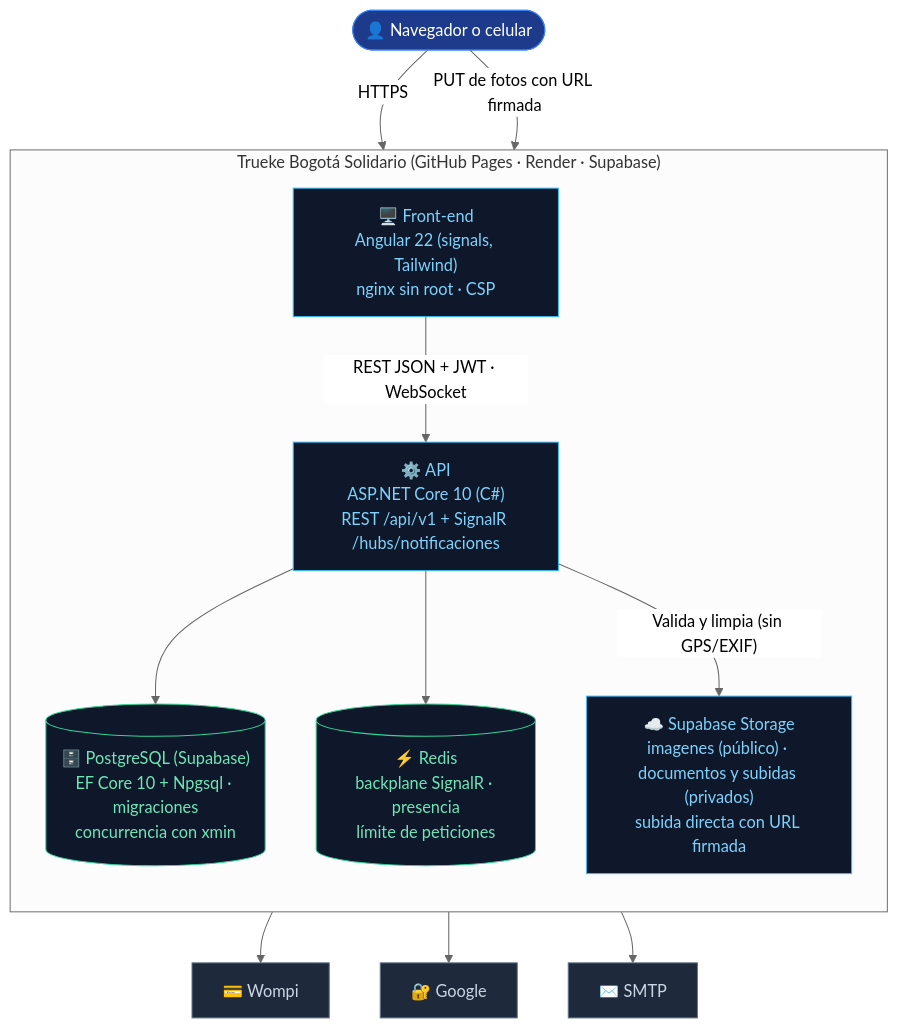
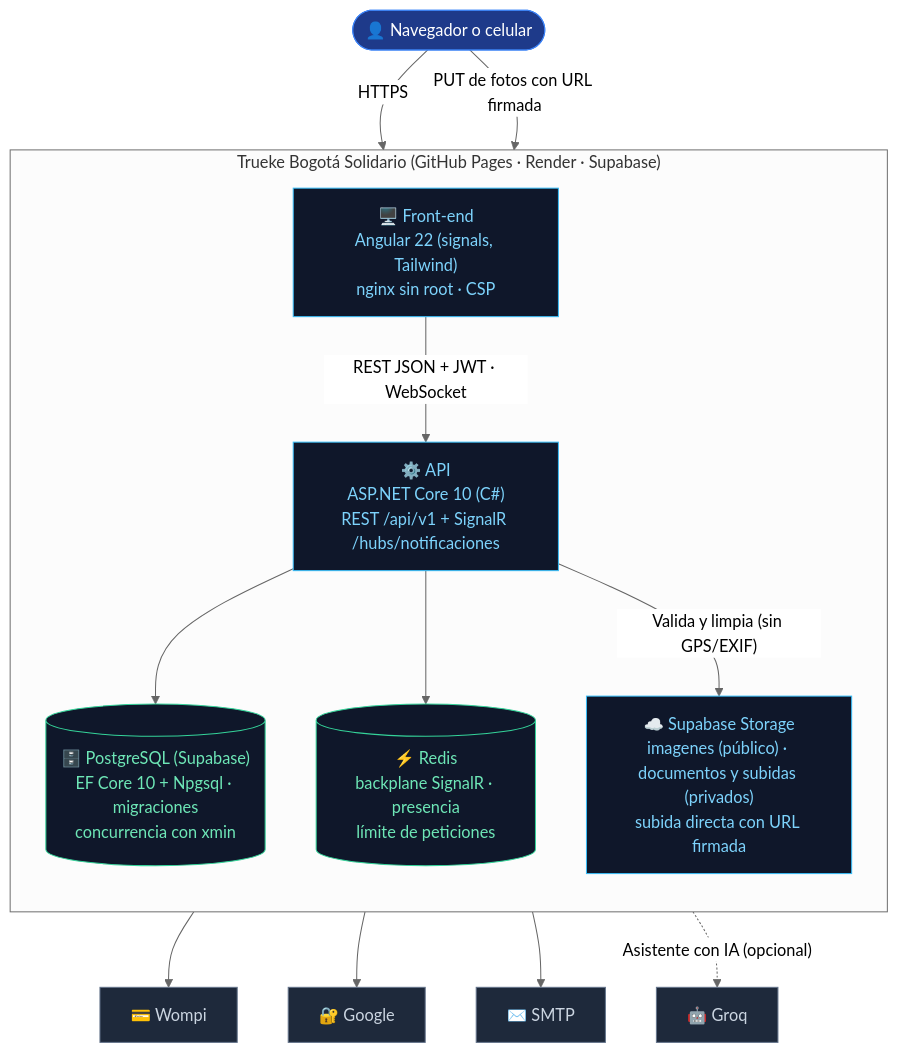
One commit to IngMartinG/TRUEKE-BOGOTA-SOLIDARIO- changed the second of 4 diagrams in docs/c4/C4_MODELO_TRUEKE.md. Above: the diagram before and after it, drawn with Mermaid (neutral theme). The commit also changed other lines of this file and 24 other files, not shown here.

First line of the commit message:
feat(ayuda): asistente con IA gratis (Groq) para cuentas verificadas

````diff
--- a/docs/c4/C4_MODELO_TRUEKE.md
+++ b/docs/c4/C4_MODELO_TRUEKE.md
@@ -40,32 +42,34 @@
 ```mermaid
 flowchart TB
     U(["👤 Navegador o celular"]):::persona
 
     subgraph SYS["Trueke Bogotá Solidario (GitHub Pages · Render · Supabase)"]
         direction TB
         FE["🖥️ Front-end<br/>Angular 22 (signals, Tailwind)<br/>nginx sin root · CSP"]:::contenedor
         API["⚙️ API<br/>ASP.NET Core 10 (C#)<br/>REST /api/v1 + SignalR /hubs/notificaciones"]:::contenedor
         DB[("🗄️ PostgreSQL (Supabase)<br/>EF Core 10 + Npgsql · migraciones<br/>concurrencia con xmin")]:::datos
         REDIS[("⚡ Redis<br/>backplane SignalR · presencia<br/>límite de peticiones")]:::datos
         STORAGE["☁️ Supabase Storage<br/>imagenes (público) · documentos y subidas (privados)<br/>subida directa con URL firmada"]:::contenedor
     end
 
     WOMPI["💳 Wompi"]:::externo
     GOOGLE["🔐 Google"]:::externo
     SMTP["✉️ SMTP"]:::externo
+    GROQ["🤖 Groq"]:::externo
 
     U -->|"HTTPS"| FE
     U -->|"PUT de fotos con URL firmada"| STORAGE
     FE -->|"REST JSON + JWT · WebSocket"| API
     API --> DB
     API --> REDIS
     API -->|"Valida y limpia (sin GPS/EXIF)"| STORAGE
     API --> WOMPI
     API --> GOOGLE
     API --> SMTP
+    API -.->|"Asistente con IA (opcional)"| GROQ
 
     classDef persona fill:#1e3a8a,color:#fff,stroke:#3b82f6;
     classDef contenedor fill:#0f172a,color:#7dd3fc,stroke:#38bdf8;
     classDef datos fill:#0f172a,color:#6ee7b7,stroke:#34d399;
     classDef externo fill:#1e293b,color:#cbd5e1,stroke:#64748b;
 ```
````
